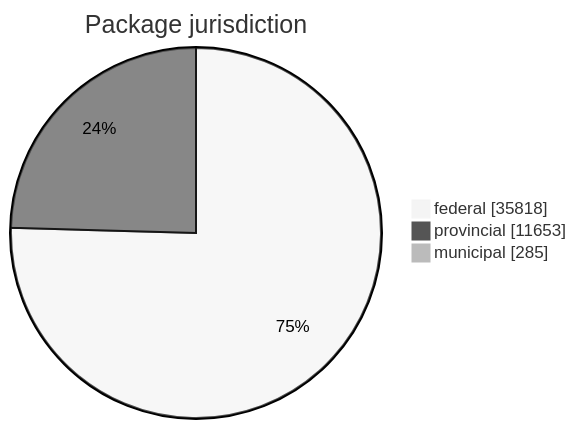
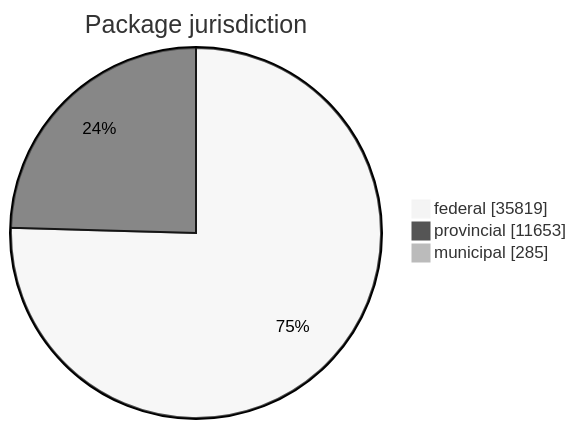
The first of 5 diagrams in FreshCheck/README.md (open-data/analytics-corporate-reporting), drawn with Mermaid (neutral theme) before and after one commit. The commit also changed other lines of this file and 3 other files, not shown here.

````diff
--- a/FreshCheck/README.md
+++ b/FreshCheck/README.md
@@ -60,6 +60,6 @@
 ```mermaid
 pie showData title Package jurisdiction
-    "federal": 35818
+    "federal": 35819
     "provincial": 11653
     "municipal": 285
 ```
````
